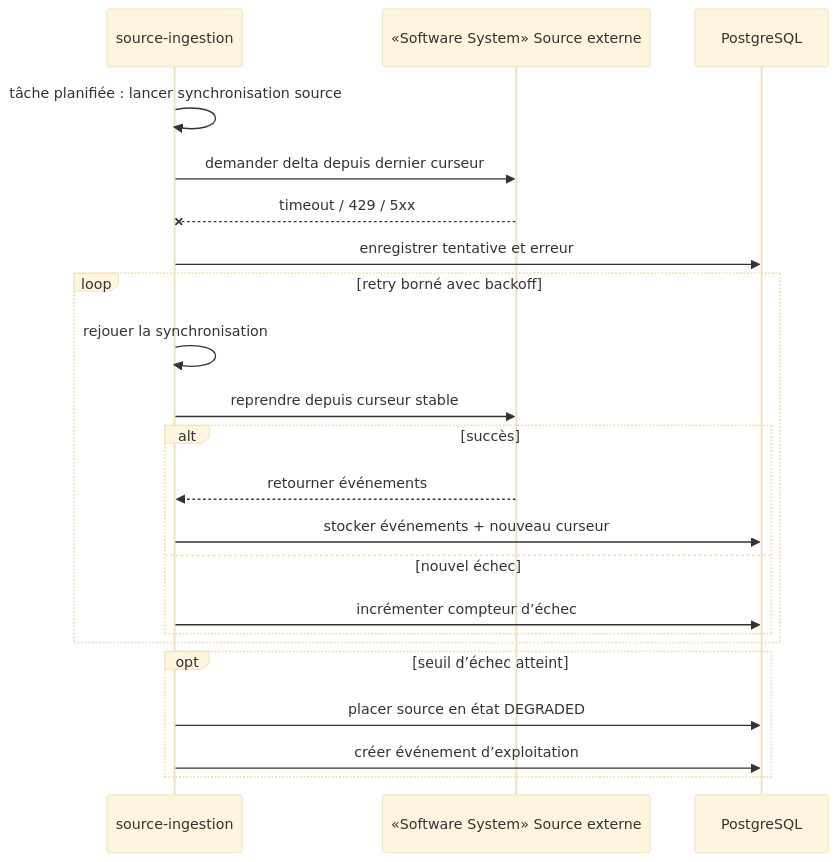
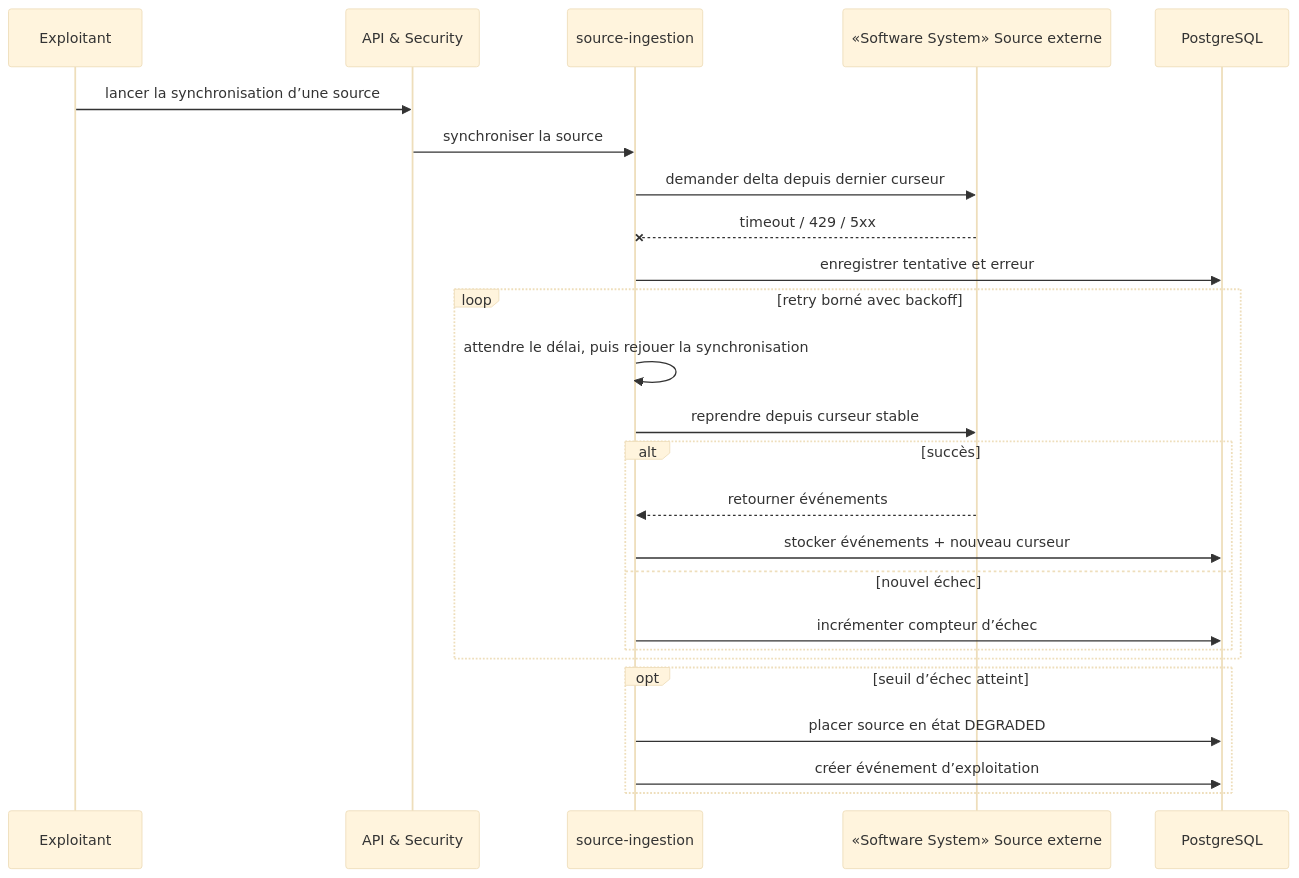
One commit to FTurleque/argos-tech-platform changed the fifth of 7 diagrams in docs/architecture/arc42/06-vue-execution.md. Above: the diagram before and after it, drawn with Mermaid (base theme). The commit also changed other lines of this file and 14 other files, not shown here.

````diff
--- a/docs/architecture/arc42/06-vue-execution.md
+++ b/docs/architecture/arc42/06-vue-execution.md
@@ -161,27 +161,30 @@
 ```mermaid
 sequenceDiagram
+    participant Ops as Exploitant
+    participant API as API & Security
     participant Ingestion as source-ingestion
     participant Ext as «Software System» Source externe
     participant Persist as PostgreSQL
 
-    Ingestion->>Ingestion: tâche planifiée : lancer synchronisation source
+    Ops->>API: lancer la synchronisation d’une source
+    API->>Ingestion: synchroniser la source
     Ingestion->>Ext: demander delta depuis dernier curseur
     Ext--xIngestion: timeout / 429 / 5xx
     Ingestion->>Persist: enregistrer tentative et erreur
 
     loop retry borné avec backoff
-        Ingestion->>Ingestion: rejouer la synchronisation
+        Ingestion->>Ingestion: attendre le délai, puis rejouer la synchronisation
         Ingestion->>Ext: reprendre depuis curseur stable
         alt succès
             Ext-->>Ingestion: retourner événements
             Ingestion->>Persist: stocker événements + nouveau curseur
         else nouvel échec
             Ingestion->>Persist: incrémenter compteur d’échec
         end
     end
 
     opt seuil d’échec atteint
         Ingestion->>Persist: placer source en état DEGRADED
         Ingestion->>Persist: créer événement d’exploitation
     end
 ```
````
